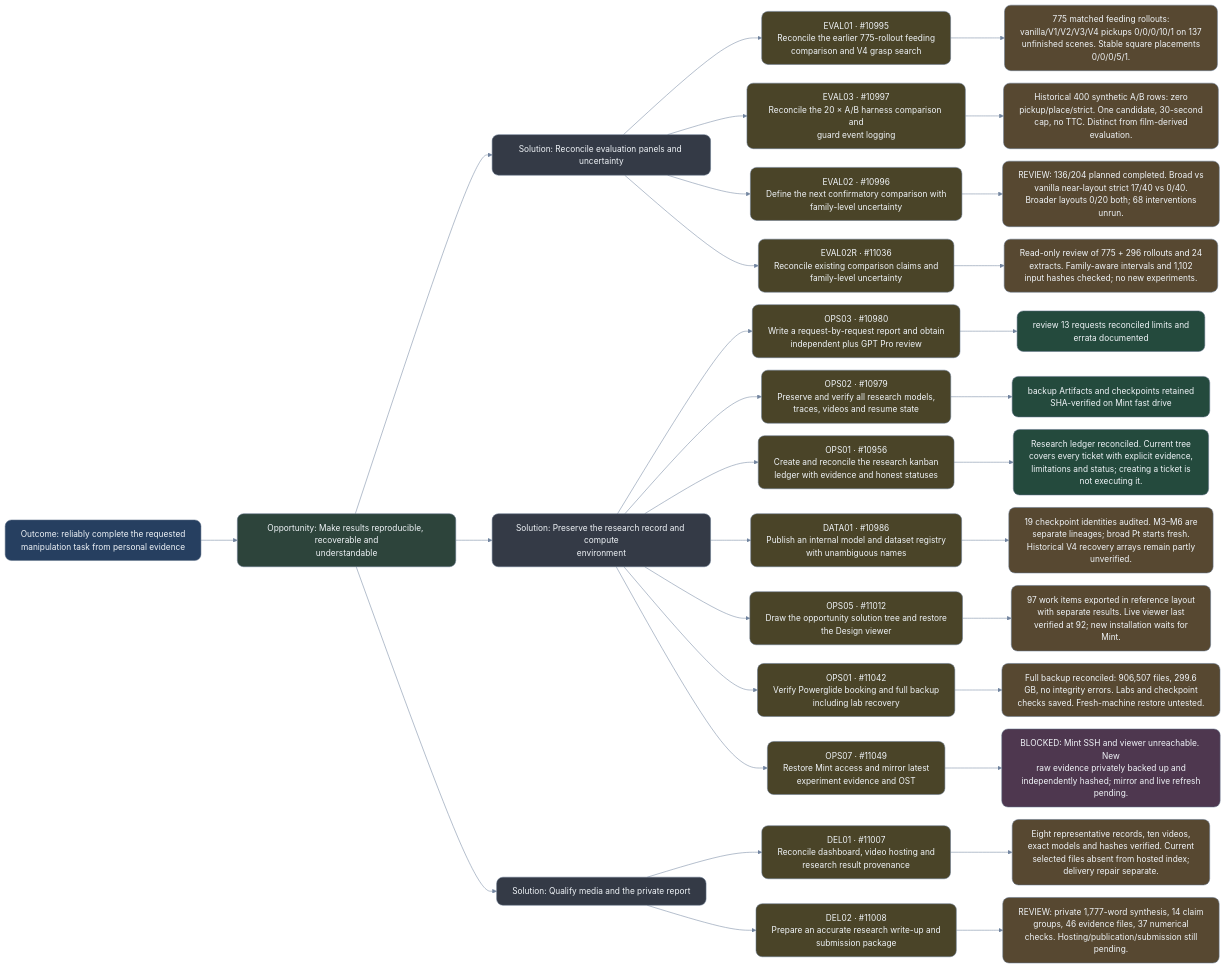
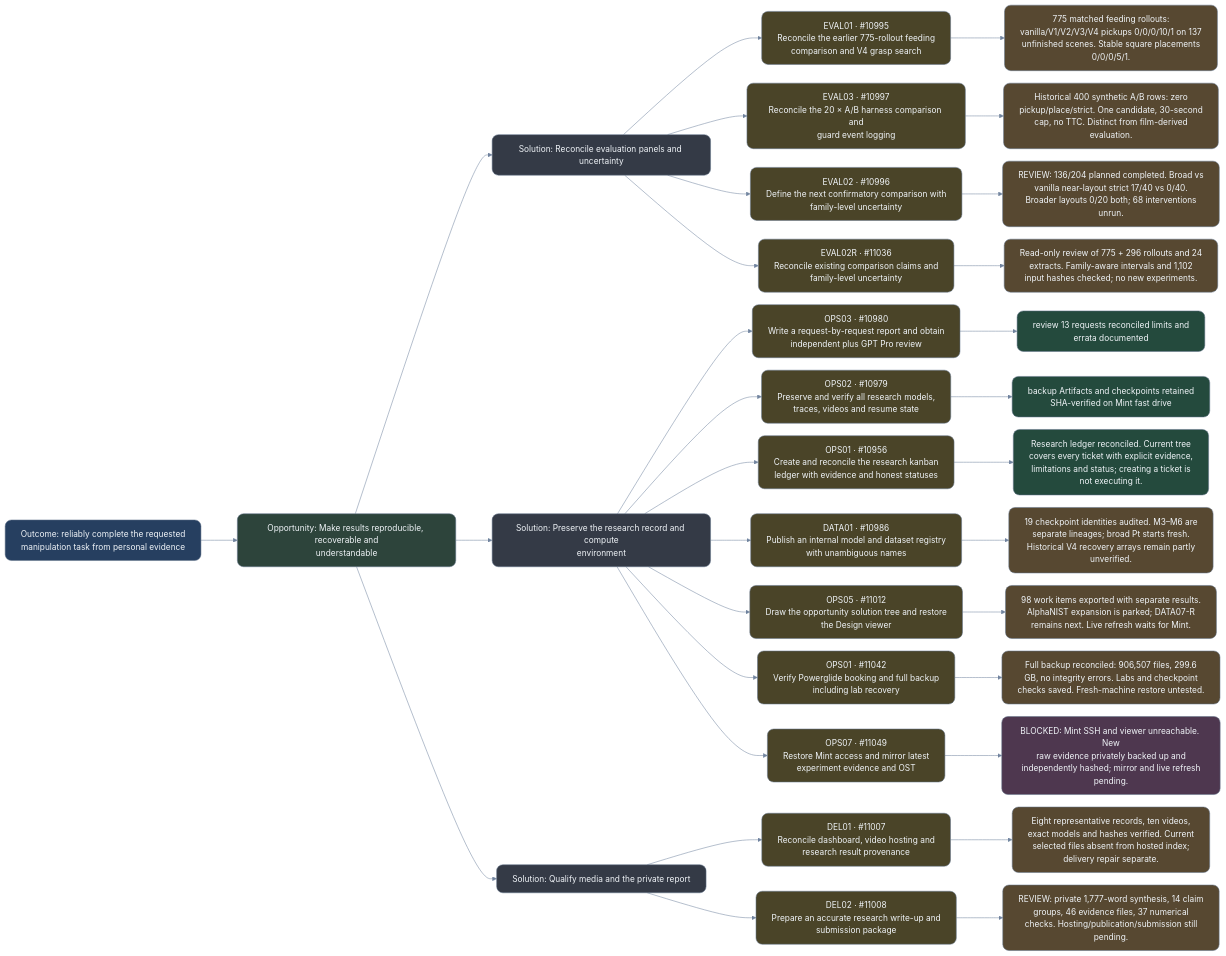
One commit to NatMota/typhon-robotics changed the diagram in experiment-history/2026-10-14-ost/evidence.mmd. Above: the diagram before and after it, drawn with Mermaid. The commit also changed 18 other files, not shown here.

Commit message:
docs: park fuller AlphaNIST implementation and retain acquisition repair priority

```diff
--- a/experiment-history/2026-10-14-ost/evidence.mmd
+++ b/experiment-history/2026-10-14-ost/evidence.mmd
@@ -1,86 +1,86 @@
 %%{init: {"theme": "base", "securityLevel": "loose", "fontFamily": "Arial, sans-serif", "fontSize": 18, "markdownAutoWrap": false, "flowchart": {"htmlLabels": false, "curve": "basis", "nodeSpacing": 24, "rankSpacing": 70, "wrappingWidth": 360}, "themeVariables": {"primaryTextColor": "#edf2f7", "lineColor": "#71849f", "background": "#0b1220"}}}%%
 flowchart LR
 OUT["Outcome: reliably complete the requested<br/>manipulation task from personal evidence"]:::outcome
 O_evidence["Opportunity: Make results reproducible, recoverable and<br/>understandable"]:::opportunity
 OUT --> O_evidence
 O_evidence_S0["Solution: Reconcile evaluation panels and uncertainty"]:::solution
 O_evidence --> O_evidence_S0
 T10995["EVAL01 · #10995<br/>Reconcile the earlier 775-rollout feeding<br/>comparison and V4 grasp search"]:::experiment
 O_evidence_S0 --> T10995
 R10995["775 matched feeding rollouts:<br/>vanilla/V1/V2/V3/V4 pickups 0/0/0/10/1 on 137<br/>unfinished scenes. Stable square placements<br/>0/0/0/5/1."]:::mixed
 T10995 --> R10995
 click T10995 "http://127.0.0.1:4001/?project=typhon-research#ticket=10995" "Open research ticket" _blank
 T10997["EVAL03 · #10997<br/>Reconcile the 20 × A/B harness comparison and<br/>guard event logging"]:::experiment
 O_evidence_S0 --> T10997
 R10997["Historical 400 synthetic A/B rows: zero<br/>pickup/place/strict. One candidate, 30-second<br/>cap, no TTC. Distinct from film-derived<br/>evaluation."]:::mixed
 T10997 --> R10997
 click T10997 "http://127.0.0.1:4001/?project=typhon-research#ticket=10997" "Open research ticket" _blank
 T10996["EVAL02 · #10996<br/>Define the next confirmatory comparison with<br/>family-level uncertainty"]:::experiment
 O_evidence_S0 --> T10996
 R10996["REVIEW: 136/204 planned completed. Broad vs<br/>vanilla near-layout strict 17/40 vs 0/40.<br/>Broader layouts 0/20 both; 68 interventions<br/>unrun."]:::mixed
 T10996 --> R10996
 click T10996 "http://127.0.0.1:4001/?project=typhon-research#ticket=10996" "Open research ticket" _blank
 T11036["EVAL02R · #11036<br/>Reconcile existing comparison claims and<br/>family-level uncertainty"]:::experiment
 O_evidence_S0 --> T11036
 R11036["Read-only review of 775 + 296 rollouts and 24<br/>extracts. Family-aware intervals and 1,102<br/>input hashes checked; no new experiments."]:::mixed
 T11036 --> R11036
 click T11036 "http://127.0.0.1:4001/?project=typhon-research#ticket=11036" "Open research ticket" _blank
 O_evidence_S1["Solution: Preserve the research record and compute<br/>environment"]:::solution
 O_evidence --> O_evidence_S1
 T10980["OPS03 · #10980<br/>Write a request-by-request report and obtain<br/>independent plus GPT Pro review"]:::experiment
 O_evidence_S1 --> T10980
 R10980["review 13 requests reconciled limits and<br/>errata documented"]:::evidence
 T10980 --> R10980
 click T10980 "http://127.0.0.1:4001/?project=typhon-research#ticket=10980" "Open research ticket" _blank
 T10979["OPS02 · #10979<br/>Preserve and verify all research models,<br/>traces, videos and resume state"]:::experiment
 O_evidence_S1 --> T10979
 R10979["backup Artifacts and checkpoints retained<br/>SHA-verified on Mint fast drive"]:::evidence
 T10979 --> R10979
 click T10979 "http://127.0.0.1:4001/?project=typhon-research#ticket=10979" "Open research ticket" _blank
 T10956["OPS01 · #10956<br/>Create and reconcile the research kanban<br/>ledger with evidence and honest statuses"]:::experiment
 O_evidence_S1 --> T10956
 R10956["Research ledger reconciled. Current tree<br/>covers every ticket with explicit evidence,<br/>limitations and status; creating a ticket is<br/>not executing it."]:::evidence
 T10956 --> R10956
 click T10956 "http://127.0.0.1:4001/?project=typhon-research#ticket=10956" "Open research ticket" _blank
 T10986["DATA01 · #10986<br/>Publish an internal model and dataset registry<br/>with unambiguous names"]:::experiment
 O_evidence_S1 --> T10986
 R10986["19 checkpoint identities audited. M3–M6 are<br/>separate lineages; broad Pt starts fresh.<br/>Historical V4 recovery arrays remain partly<br/>unverified."]:::mixed
 T10986 --> R10986
 click T10986 "http://127.0.0.1:4001/?project=typhon-research#ticket=10986" "Open research ticket" _blank
 T11012["OPS05 · #11012<br/>Draw the opportunity solution tree and restore<br/>the Design viewer"]:::experiment
 O_evidence_S1 --> T11012
-R11012["97 work items exported in reference layout<br/>with separate results. Live viewer last<br/>verified at 92; new installation waits for<br/>Mint."]:::mixed
+R11012["98 work items exported with separate results.<br/>AlphaNIST expansion is parked; DATA07-R<br/>remains next. Live refresh waits for Mint."]:::mixed
 T11012 --> R11012
 click T11012 "http://127.0.0.1:4001/?project=typhon-research#ticket=11012" "Open research ticket" _blank
 T11042["OPS01 · #11042<br/>Verify Powerglide booking and full backup<br/>including lab recovery"]:::experiment
 O_evidence_S1 --> T11042
 R11042["Full backup reconciled: 906,507 files, 299.6<br/>GB, no integrity errors. Labs and checkpoint<br/>checks saved. Fresh-machine restore untested."]:::mixed
 T11042 --> R11042
 click T11042 "http://127.0.0.1:4001/?project=typhon-research#ticket=11042" "Open research ticket" _blank
 T11049["OPS07 · #11049<br/>Restore Mint access and mirror latest<br/>experiment evidence and OST"]:::experiment
 O_evidence_S1 --> T11049
 R11049["BLOCKED: Mint SSH and viewer unreachable. New<br/>raw evidence privately backed up and<br/>independently hashed; mirror and live refresh<br/>pending."]:::blocked
 T11049 --> R11049
 click T11049 "http://127.0.0.1:4001/?project=typhon-research#ticket=11049" "Open research ticket" _blank
 O_evidence_S2["Solution: Qualify media and the private report"]:::solution
 O_evidence --> O_evidence_S2
 T11007["DEL01 · #11007<br/>Reconcile dashboard, video hosting and<br/>research result provenance"]:::experiment
 O_evidence_S2 --> T11007
 R11007["Eight representative records, ten videos,<br/>exact models and hashes verified. Current<br/>selected files absent from hosted index;<br/>delivery repair separate."]:::mixed
 T11007 --> R11007
 click T11007 "http://127.0.0.1:4001/?project=typhon-research#ticket=11007" "Open research ticket" _blank
 T11008["DEL02 · #11008<br/>Prepare an accurate research write-up and<br/>submission package"]:::experiment
 O_evidence_S2 --> T11008
 R11008["REVIEW: private 1,777-word synthesis, 14 claim<br/>groups, 46 evidence files, 37 numerical<br/>checks. Hosting/publication/submission still<br/>pending."]:::mixed
 T11008 --> R11008
 click T11008 "http://127.0.0.1:4001/?project=typhon-research#ticket=11008" "Open research ticket" _blank
 classDef outcome fill:#263f60,stroke:#64748b,color:#f1f5f9,rx:12,ry:12;
 classDef opportunity fill:#2d443b,stroke:#64748b,color:#f1f5f9,rx:12,ry:12;
 classDef solution fill:#343a46,stroke:#64748b,color:#f1f5f9,rx:12,ry:12;
 classDef experiment fill:#4a4428,stroke:#64748b,color:#f1f5f9,rx:12,ry:12;
 classDef evidence fill:#244a3d,stroke:#64748b,color:#f1f5f9,rx:12,ry:12;
 classDef mixed fill:#574831,stroke:#64748b,color:#f1f5f9,rx:12,ry:12;
 classDef negative fill:#56343c,stroke:#64748b,color:#f1f5f9,rx:12,ry:12;
 classDef pending fill:#30445a,stroke:#64748b,color:#f1f5f9,rx:12,ry:12;
 classDef blocked fill:#4e374f,stroke:#64748b,color:#f1f5f9,rx:12,ry:12;
 classDef parked fill:#373b42,stroke:#64748b,color:#f1f5f9,rx:12,ry:12;
```
